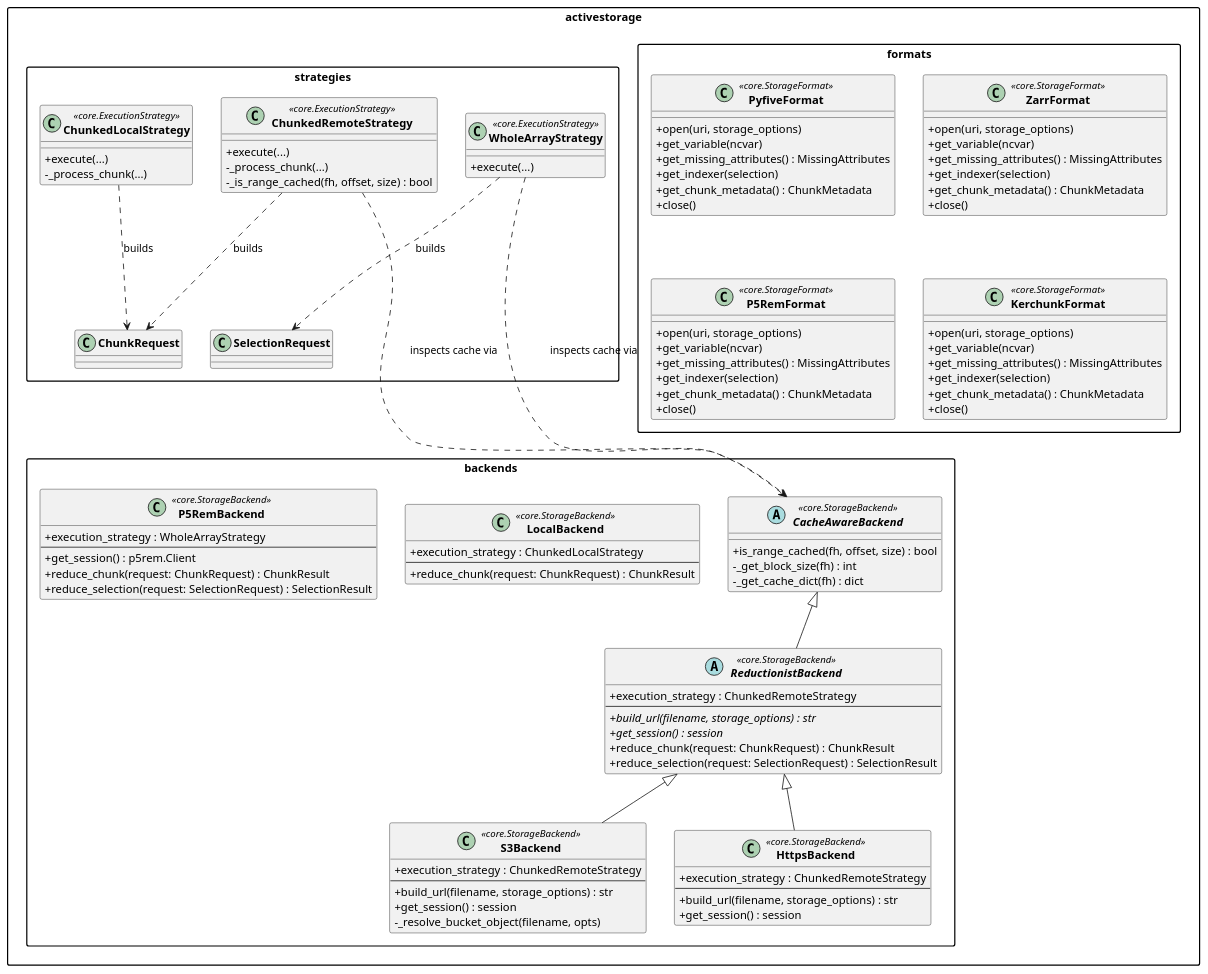
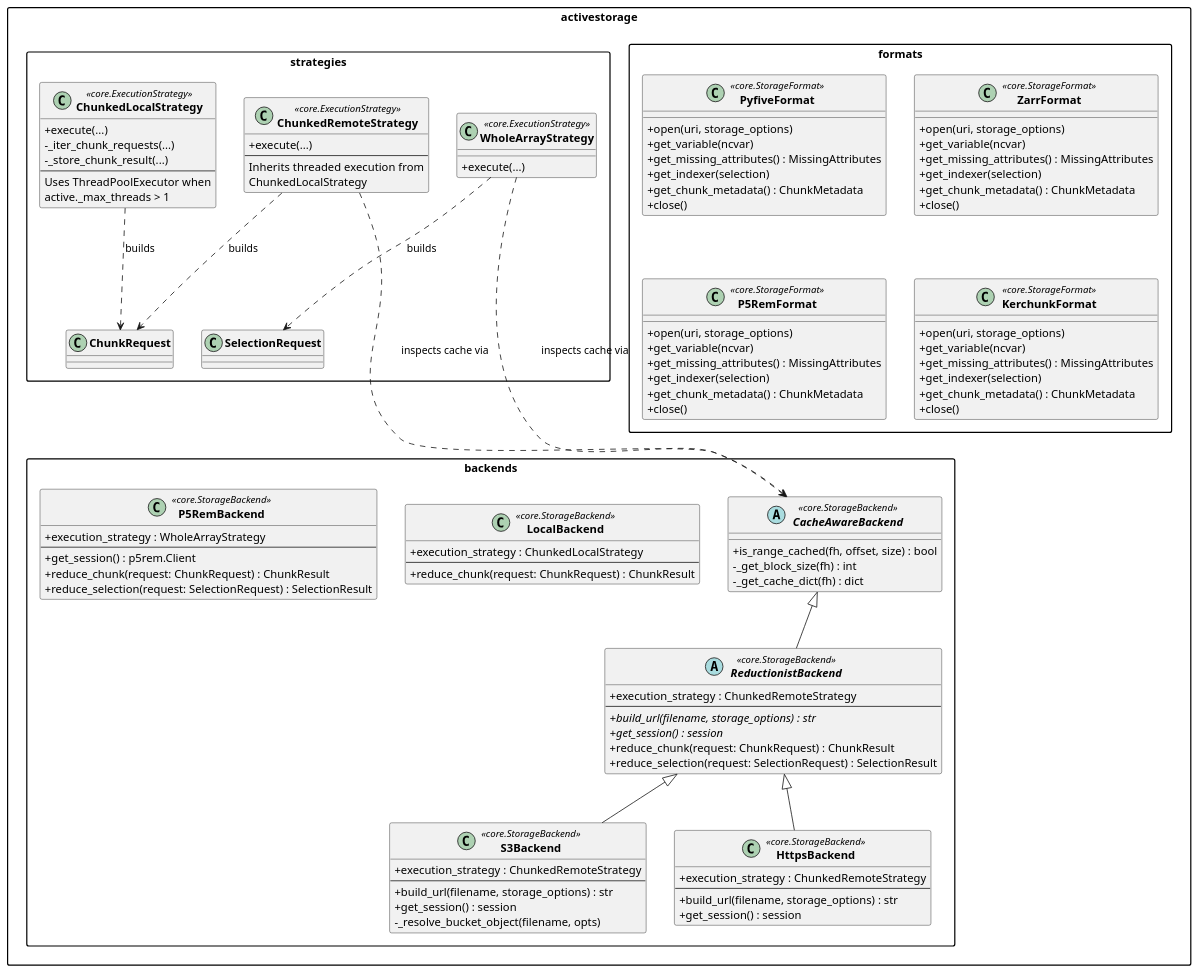
One commit to NCAS-CMS/PyActiveStorage changed the second of 2 diagrams in docs4understanding/active_refactor_v7.puml. Above: the diagram before and after it, drawn with PlantUML. The commit also changed other lines of this file and 4 other files, not shown here.

```diff
--- a/docs4understanding/active_refactor_v7.puml
+++ b/docs4understanding/active_refactor_v7.puml
@@ -170,131 +172,134 @@
 @startuml active_refactor_v7_impls
 
 skinparam classAttributeIconSize 0
 skinparam classFontStyle bold
 skinparam packageStyle rectangle
 
 ' ------------------------------------------------------------------
 ' Diagram 2: formats/backends/strategies
 ' Core base classes are shown via stereotypes.
 ' ------------------------------------------------------------------
 
 package "activestorage.formats" {
 
     class PyfiveFormat <<core.StorageFormat>> {
         + open(uri, storage_options)
         + get_variable(ncvar)
         + get_missing_attributes() : MissingAttributes
         + get_indexer(selection)
         + get_chunk_metadata() : ChunkMetadata
         + close()
     }
 
     class ZarrFormat <<core.StorageFormat>> {
         + open(uri, storage_options)
         + get_variable(ncvar)
         + get_missing_attributes() : MissingAttributes
         + get_indexer(selection)
         + get_chunk_metadata() : ChunkMetadata
         + close()
     }
 
     class P5RemFormat <<core.StorageFormat>> {
         + open(uri, storage_options)
         + get_variable(ncvar)
         + get_missing_attributes() : MissingAttributes
         + get_indexer(selection)
         + get_chunk_metadata() : ChunkMetadata
         + close()
     }
 
     class KerchunkFormat <<core.StorageFormat>> {
         + open(uri, storage_options)
         + get_variable(ncvar)
         + get_missing_attributes() : MissingAttributes
         + get_indexer(selection)
         + get_chunk_metadata() : ChunkMetadata
         + close()
     }
 }
 
 package "activestorage.backends" {
 
     abstract class CacheAwareBackend <<core.StorageBackend>> {
         + is_range_cached(fh, offset, size) : bool
         - _get_block_size(fh) : int
         - _get_cache_dict(fh) : dict
     }
 
     abstract class ReductionistBackend <<core.StorageBackend>> {
         + execution_strategy : ChunkedRemoteStrategy
         --
         + {abstract} build_url(filename, storage_options) : str
         + {abstract} get_session() : session
         + reduce_chunk(request: ChunkRequest) : ChunkResult
         + reduce_selection(request: SelectionRequest) : SelectionResult
     }
 
     class LocalBackend <<core.StorageBackend>> {
         + execution_strategy : ChunkedLocalStrategy
         --
         + reduce_chunk(request: ChunkRequest) : ChunkResult
     }
 
     class S3Backend <<core.StorageBackend>> {
         + execution_strategy : ChunkedRemoteStrategy
         --
         + build_url(filename, storage_options) : str
         + get_session() : session
         - _resolve_bucket_object(filename, opts)
     }
 
     class HttpsBackend <<core.StorageBackend>> {
         + execution_strategy : ChunkedRemoteStrategy
         --
         + build_url(filename, storage_options) : str
         + get_session() : session
     }
 
     class P5RemBackend <<core.StorageBackend>> {
         + execution_strategy : WholeArrayStrategy
         --
         + get_session() : p5rem.Client
         + reduce_chunk(request: ChunkRequest) : ChunkResult
         + reduce_selection(request: SelectionRequest) : SelectionResult
     }
 
     CacheAwareBackend <|-- ReductionistBackend
     ReductionistBackend <|-- S3Backend
     ReductionistBackend <|-- HttpsBackend
 }
 
 package "activestorage.strategies" {
 
     class ChunkedLocalStrategy <<core.ExecutionStrategy>> {
         + execute(...)
-        - _process_chunk(...)
+        - _iter_chunk_requests(...)
+        - _store_chunk_result(...)
+        --
+        Uses ThreadPoolExecutor when\nactive._max_threads > 1
     }
 
     class ChunkedRemoteStrategy <<core.ExecutionStrategy>> {
         + execute(...)
-        - _process_chunk(...)
-        - _is_range_cached(fh, offset, size) : bool
+        --
+        Inherits threaded execution from\nChunkedLocalStrategy
     }
 
     class WholeArrayStrategy <<core.ExecutionStrategy>> {
         + execute(...)
     }
 
     ChunkedRemoteStrategy ..> CacheAwareBackend : inspects cache via
     WholeArrayStrategy ..> CacheAwareBackend : inspects cache via
     ChunkedLocalStrategy ..> ChunkRequest : builds
     ChunkedRemoteStrategy ..> ChunkRequest : builds
     WholeArrayStrategy ..> SelectionRequest : builds
 
 }
 
 ChunkRequest -[hidden]- CacheAwareBackend 
 
 
 
 @enduml
```
